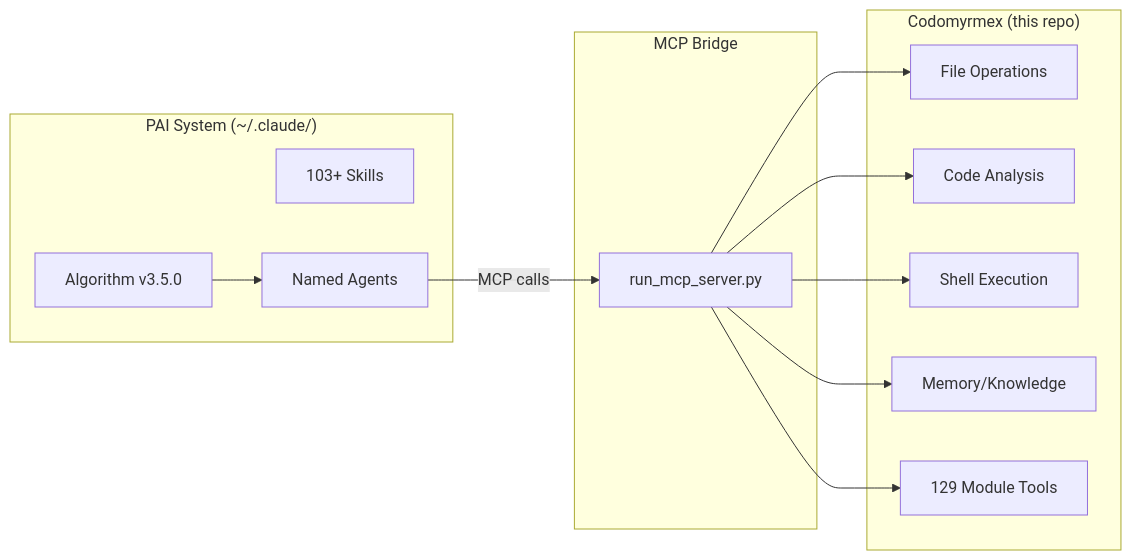
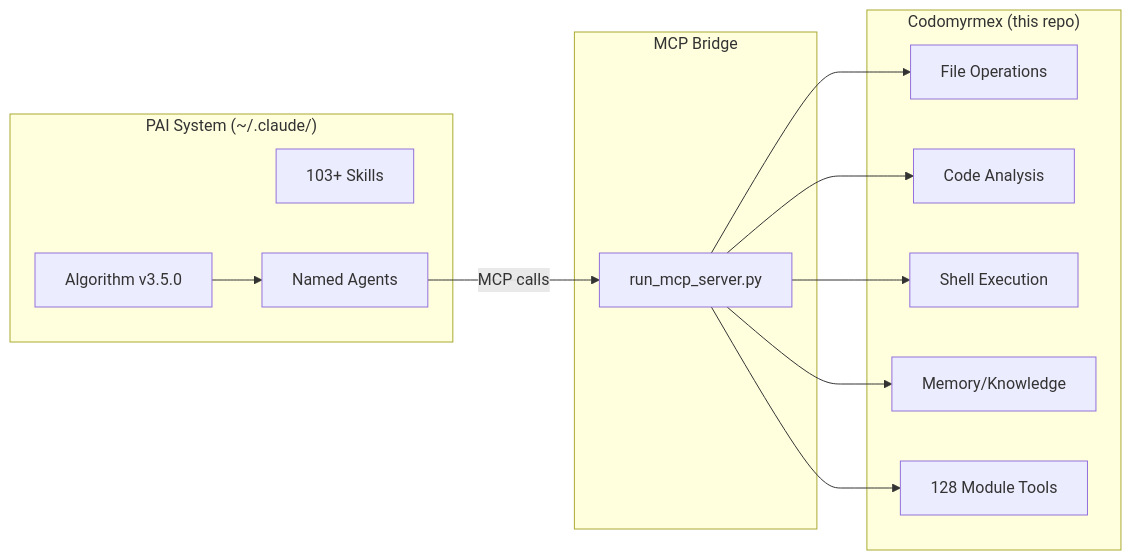
Before and after one commit to docxology/codomyrmex: the diagram in PAI.md, drawn with Mermaid. The commit also changed other lines of this file and 91 other files, not shown here.

````diff
--- a/PAI.md
+++ b/PAI.md
@@ -35,28 +35,28 @@
 ```mermaid
 graph LR
     subgraph PAI ["PAI System (~/.claude/)"]
         Algo["Algorithm v3.5.0"]
         Skills["103+ Skills"]
         Agents["Named Agents"]
     end
 
     subgraph Bridge ["MCP Bridge"]
         Server["run_mcp_server.py"]
     end
 
     subgraph Codomyrmex ["Codomyrmex (this repo)"]
         FileOps["File Operations"]
         CodeAnalysis["Code Analysis"]
         Shell["Shell Execution"]
         Memory["Memory/Knowledge"]
-        Modules["129 Module Tools"]
+        Modules["128 Module Tools"]
     end
 
     Algo --> Agents
     Agents -->|"MCP calls"| Server
     Server --> FileOps
     Server --> CodeAnalysis
     Server --> Shell
     Server --> Memory
     Server --> Modules
 ```
````
